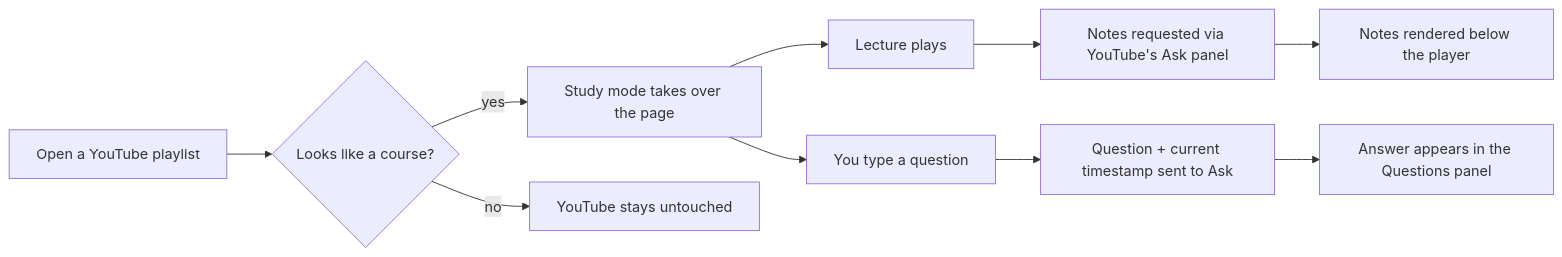
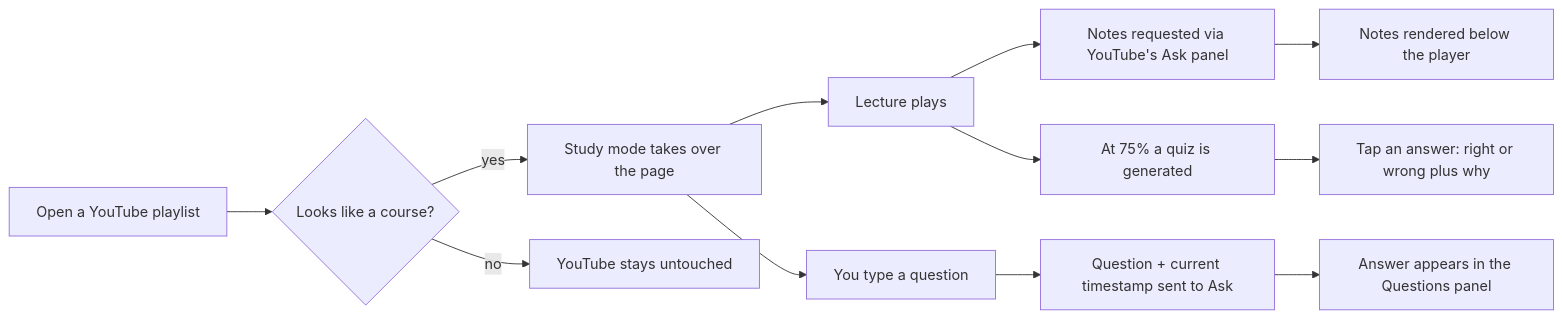
The diagram in README.md (thesajidazam/CourseTube), drawn with Mermaid before and after one commit. The commit also changed other lines of this file and 2 other files, not shown here.

````diff
--- a/README.md
+++ b/README.md
@@ -80,12 +112,14 @@
 ```mermaid
 flowchart LR
     A[Open a YouTube playlist] --> B{Looks like a course?}
     B -- yes --> C[Study mode takes over the page]
     B -- no --> D[YouTube stays untouched]
     C --> E[Lecture plays]
     E --> F[Notes requested via YouTube's Ask panel]
     F --> G[Notes rendered below the player]
+    E --> K[At 75% a quiz is generated]
+    K --> L[Tap an answer: right or wrong plus why]
     C --> H[You type a question]
     H --> I[Question + current timestamp sent to Ask]
     I --> J[Answer appears in the Questions panel]
 ```
````
